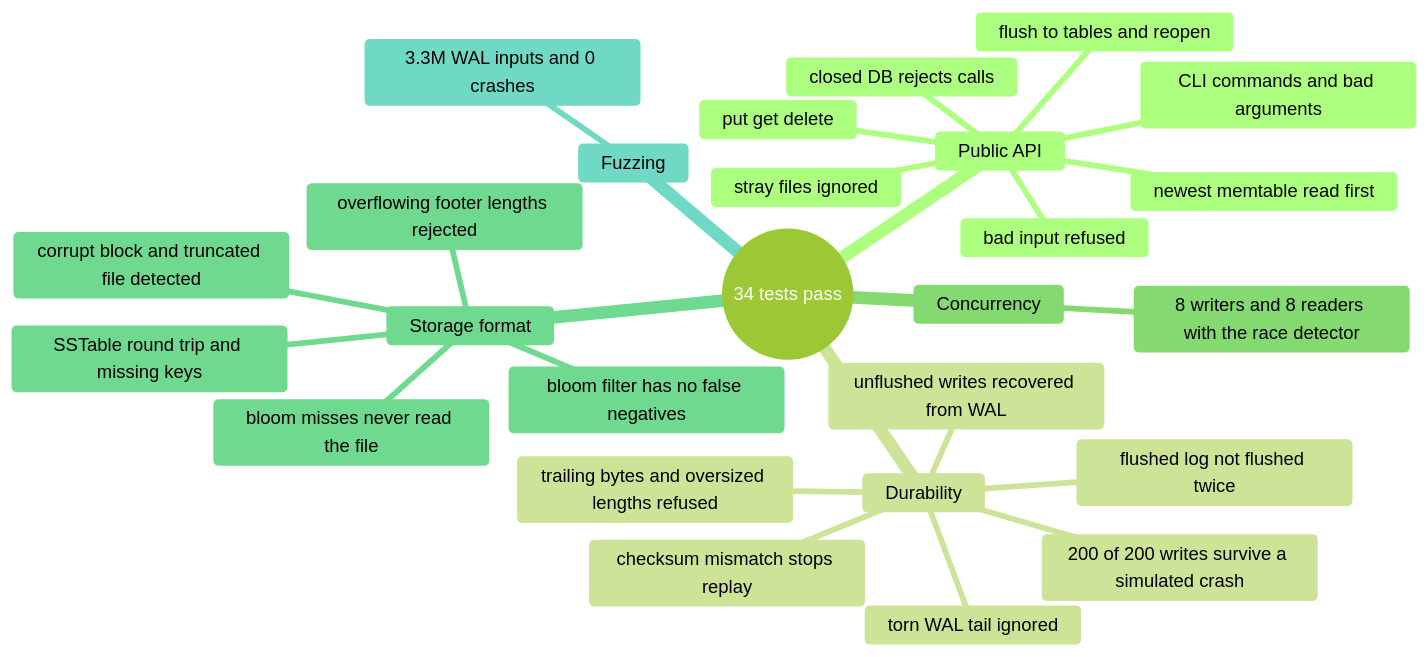
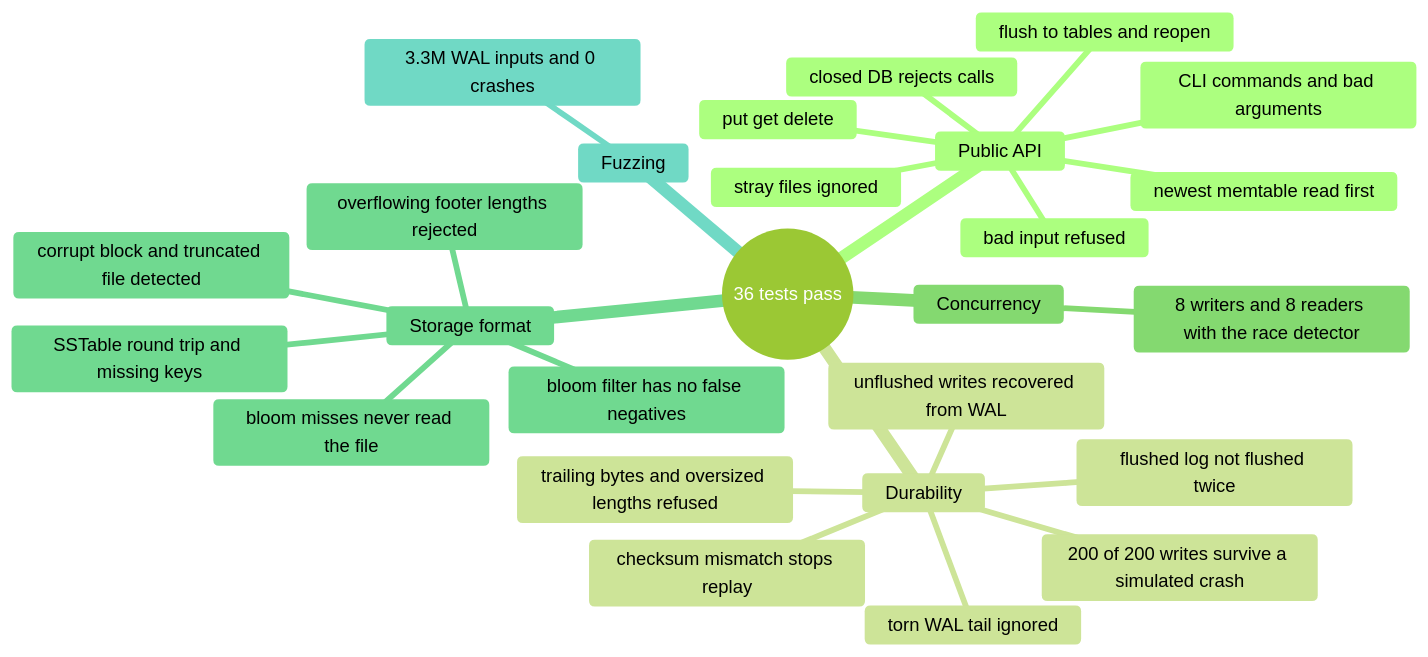
Before and after one commit to EquinoxWN/lsm-kv-store: the second of 2 diagrams in README.md, drawn with Mermaid (forest theme). The commit also changed other lines of this file and 1 other file, not shown here.

Commit message:
docs: record the 2026-11-21 polish pass

````diff
--- a/README.md
+++ b/README.md
@@ -118,29 +118,29 @@
 ```mermaid
 mindmap
-  root((34 tests pass))
+  root((36 tests pass))
     Public API
       put get delete
       bad input refused
       flush to tables and reopen
       closed DB rejects calls
       newest memtable read first
       stray files ignored
       CLI commands and bad arguments
     Durability
       unflushed writes recovered from WAL
       200 of 200 writes survive a simulated crash
       torn WAL tail ignored
       checksum mismatch stops replay
       flushed log not flushed twice
       trailing bytes and oversized lengths refused
     Concurrency
       8 writers and 8 readers with the race detector
     Storage format
       SSTable round trip and missing keys
       corrupt block and truncated file detected
       overflowing footer lengths rejected
       bloom misses never read the file
       bloom filter has no false negatives
     Fuzzing
       3.3M WAL inputs and 0 crashes
 ```
````
